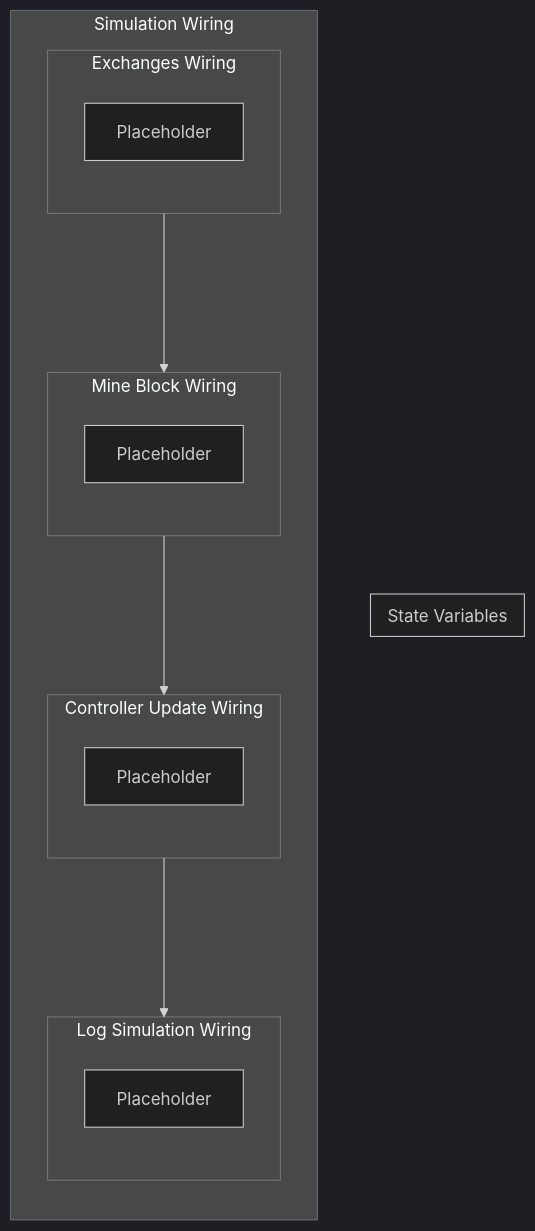
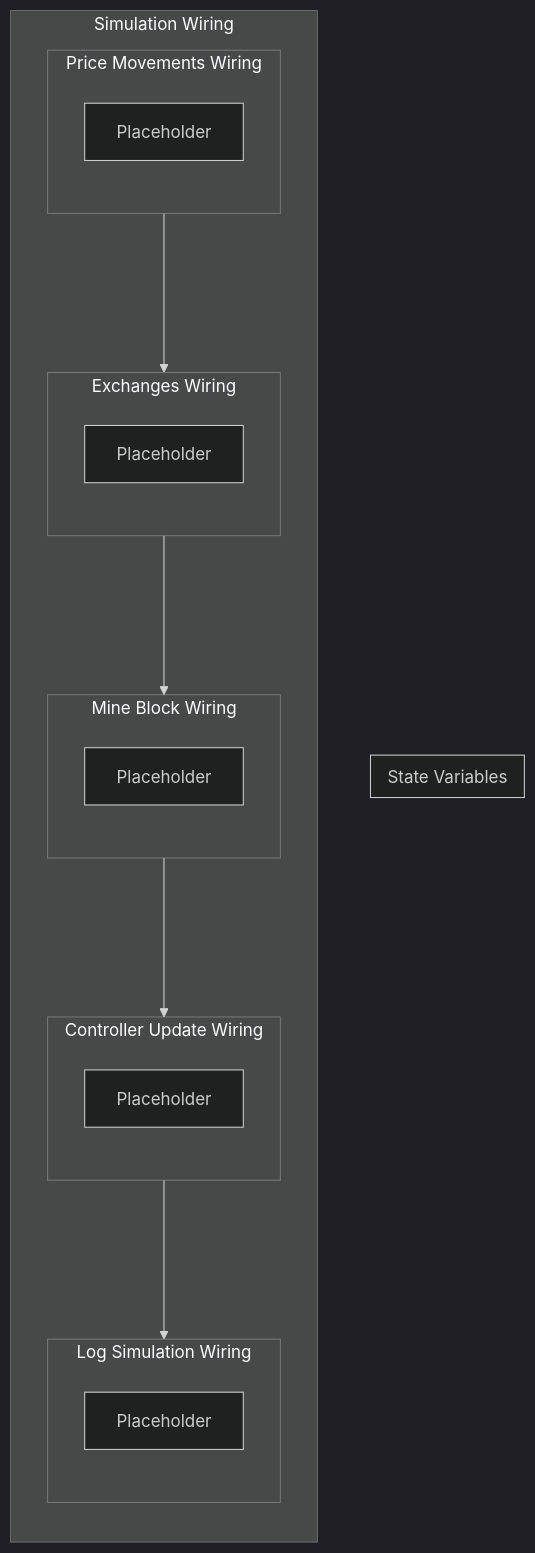
One commit to dominant-strategies/Quai-Macro-Model changed the diagram in Spec/obsidian/Wiring/Simulation Wiring.md. Above: the diagram before and after it, drawn with Mermaid (dark theme). The commit also changed other lines of this file and 2 other files, not shown here.

Commit message:
Quick fix

````diff
--- a/Spec/obsidian/Wiring/Simulation Wiring.md
+++ b/Spec/obsidian/Wiring/Simulation Wiring.md
@@ -3,29 +3,34 @@
 ```mermaid
 graph TB
 
 subgraph SVS["State Variables"]
 end
 
-subgraph X9["Simulation Wiring"]
+subgraph X11["Simulation Wiring"]
 direction TB
-subgraph X2["Exchanges Wiring"]
+subgraph X2["Price Movements Wiring"]
 direction TB
 X1["Placeholder"]
 end
-subgraph X4["Mine Block Wiring"]
+subgraph X4["Exchanges Wiring"]
 direction TB
 X3["Placeholder"]
 end
-subgraph X6["Controller Update Wiring"]
+subgraph X6["Mine Block Wiring"]
 direction TB
 X5["Placeholder"]
 end
-subgraph X8["Log Simulation Wiring"]
+subgraph X8["Controller Update Wiring"]
 direction TB
 X7["Placeholder"]
+end
+subgraph X10["Log Simulation Wiring"]
+direction TB
+X9["Placeholder"]
 end
 X2--->X4
 X4--->X6
 X6--->X8
+X8--->X10
 end
 ```
````
